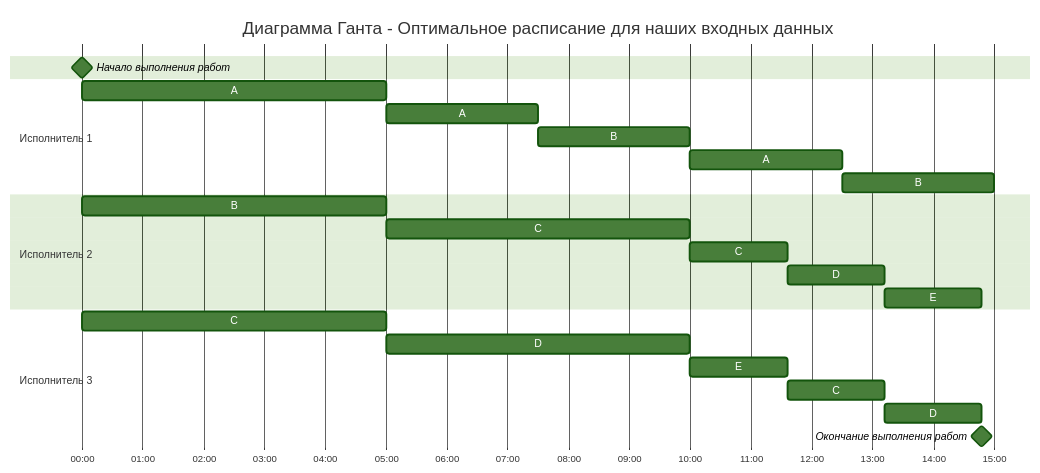
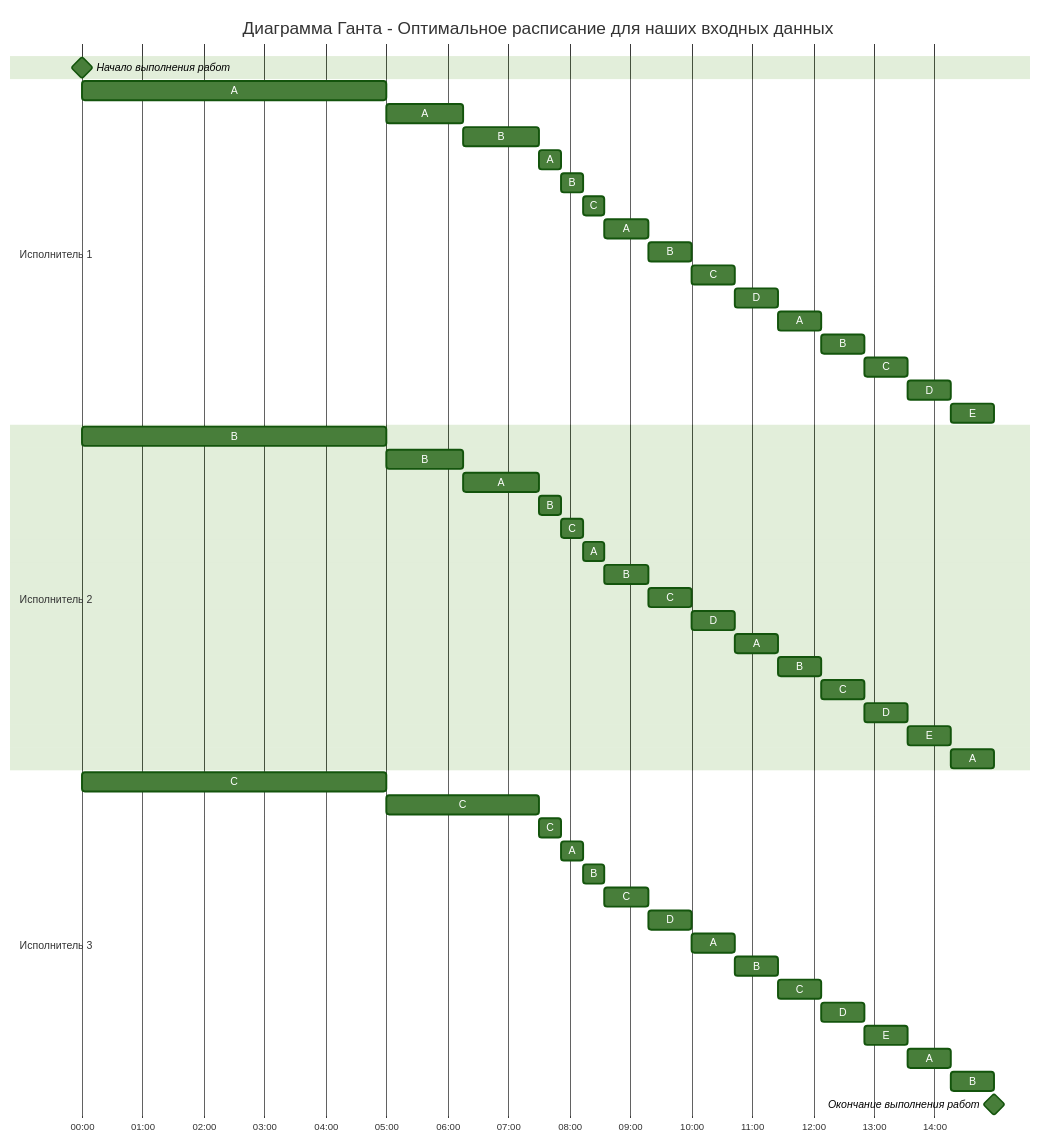
The diagram in task-6/g-team.md (hse-algo-24-raven/manual-tasks-raven), drawn with Mermaid (forest theme) before and after one commit. The commit also changed other lines of this file, not shown here.

````diff
--- a/task-6/g-team.md
+++ b/task-6/g-team.md
@@ -75,26 +139,55 @@
 ```mermaid
 gantt
 title Диаграмма Ганта - Оптимальное расписание для наших входных данных
 dateFormat DD HH:mm
 axisFormat %H:%M
 Начало выполнения работ : milestone, m1, 01 00:00, 0h
 section Исполнитель 1
 A         :a1, 01 00:00, 5h
-A         :a2, after a1, 2.5h
-B         :a3, after a2, 2.5h
-A         :a4, after a3, 2.5h
-B         :a5, after a4, 2.5h
+A         :a2, after a1, 1.25h
+B         :a3, after a2, 1.25h
+A         :a4, after a3, 0.36h
+B         :a5, after a4, 0.36h
+C         :a6, after a5, 0.36h
+A         :a7, after a6, 0.71h
+B         :a8, after a7, 0.71h
+C         :a9, after a8, 0.71h
+D         :a10, after a9, 0.71h
+A         :a11, after a10, 0.71h
+B         :a12, after a11, 0.71h
+C         :a13, after a12, 0.71h
+D         :a14, after a13, 0.71h
+E         :a15, after a14, 0.71h
 section Исполнитель 2
 B         :b1, 01 00:00, 5h
-C         :b2, after b1, 5h
-C         :b3, after b2, 1.6h
-D         :b4, after b3, 1.6h
-E         :b5, after b4, 1.6h
+B         :b2, after b1, 1.25h
+A         :b3, after b2, 1.25h
+B         :b4, after b3, 0.36h
+C         :b5, after b4, 0.36h
+A         :b6, after b5, 0.36h
+B         :b7, after b6, 0.71h
+C         :b8, after b7, 0.71h
+D         :b9, after b8, 0.71h
+A         :b10, after b9, 0.71h
+B         :b11, after b10, 0.71h
+C         :b12, after b11, 0.71h
+D         :b13, after b12, 0.71h
+E         :b14, after b13, 0.71h
+A         :b15, after b14, 0.71h
 section Исполнитель 3
 C         :c1, 01 00:00, 5h
-D         :c2, after c1, 5h
-E         :c3, after c2, 1.6h
-C         :c4, after c3, 1.6h
-D         :c5, after c4, 1.6h
-Окончание выполнения работ : milestone, m2, after c5, 0h
+C         :c2, after c1, 2.5h
+C         :c3, after c2, 0.36h
+A         :c4, after c3, 0.36h
+B         :c5, after c4, 0.36h
+C         :c6, after c5, 0.71h
+D         :c7, after c6, 0.71h
+A         :c8, after c7, 0.71h
+B         :c9, after c8, 0.71h
+C         :c10, after c9, 0.71h
+D         :c11, after c10, 0.71h
+E         :c12, after c11, 0.71h
+A         :c13, after c12, 0.71h
+B         :c14, after c13, 0.71h
+Окончание выполнения работ : milestone, m2, after c14, 0h
 ```
````
